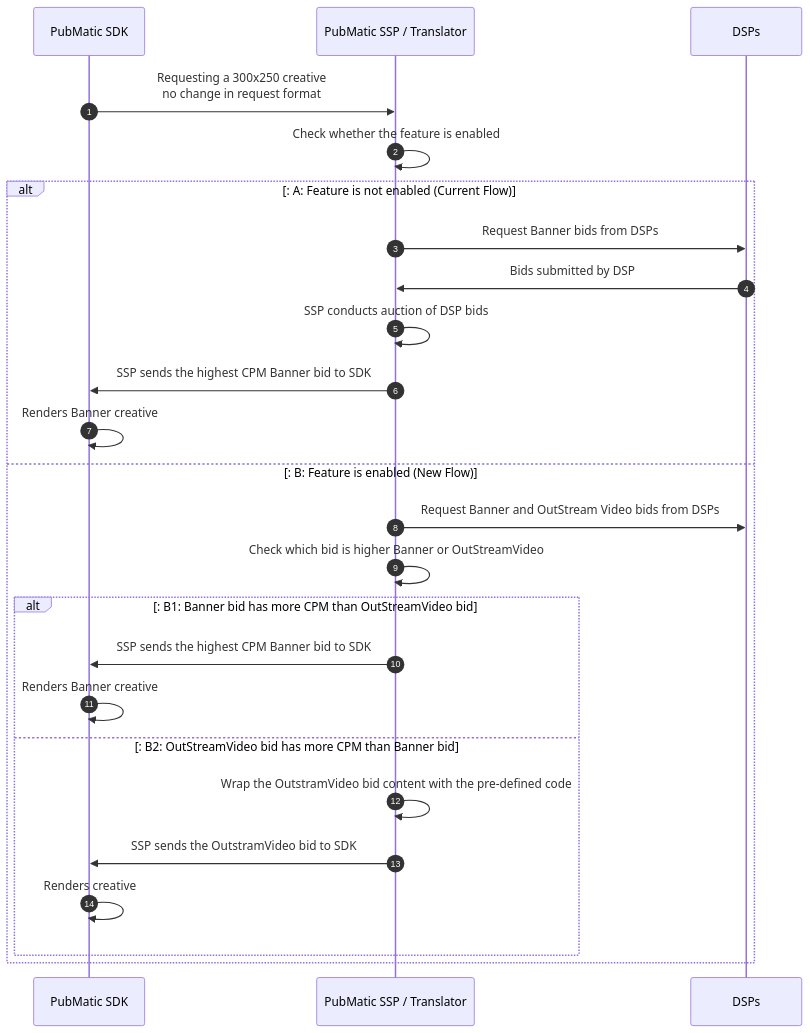
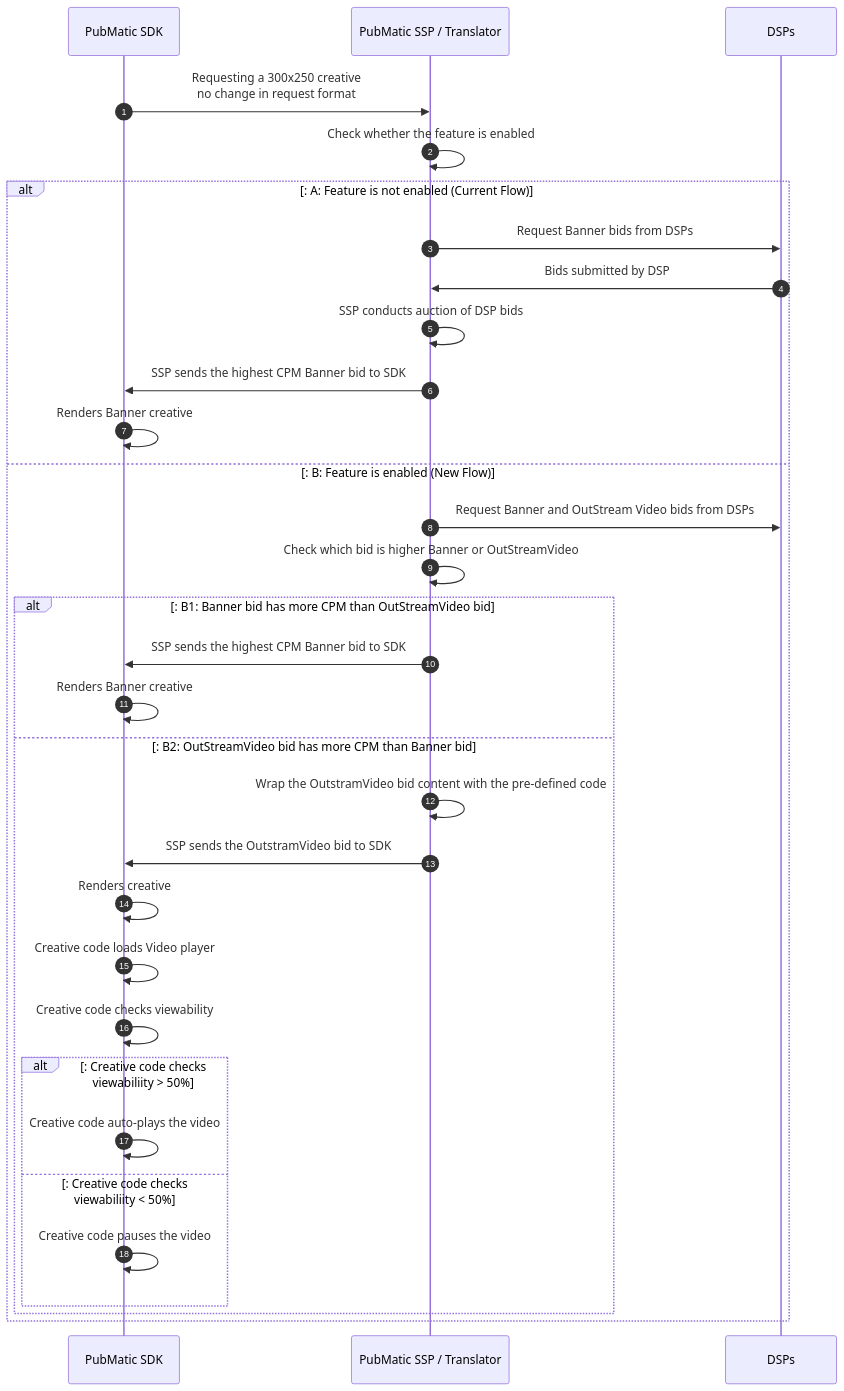
Before and after one commit to pm-harshad-mane/Diagrams: the diagram in SDK_Banner+OutstreamVideo.md, drawn with Mermaid.

````diff
--- a/SDK_Banner+OutstreamVideo.md
+++ b/SDK_Banner+OutstreamVideo.md
@@ -3,29 +3,36 @@
 ```mermaid
 sequenceDiagram
     autonumber
     participant SDK as PubMatic SDK
     participant SSP as PubMatic SSP / Translator
     participant DSP as DSPs
     
     SDK->>SSP: Requesting a 300x250 creative <br/> no change in request format
     SSP->>SSP: Check whether the feature is enabled
     alt: A: Feature is not enabled (Current Flow)
       SSP->>DSP: Request Banner bids from DSPs
       DSP->>SSP: Bids submitted by DSP
       SSP->>SSP: SSP conducts auction of DSP bids
       SSP->>SDK: SSP sends the highest CPM Banner bid to SDK
       SDK->>SDK: Renders Banner creative
     else: B: Feature is enabled (New Flow)
       SSP->>DSP: Request Banner and OutStream Video bids from DSPs
       SSP->>SSP: Check which bid is higher Banner or OutStreamVideo
       alt: B1: Banner bid has more CPM than OutStreamVideo bid
         SSP->>SDK: SSP sends the highest CPM Banner bid to SDK
         SDK->>SDK: Renders Banner creative
       else: B2: OutStreamVideo bid has more CPM than Banner bid
         SSP->>SSP: Wrap the OutstramVideo bid content with the pre-defined code
         SSP->>SDK: SSP sends the OutstramVideo bid to SDK
         SDK->>SDK: Renders creative
+        SDK->>SDK: Creative code loads Video player
+        SDK->>SDK: Creative code checks viewability
+        alt: Creative code checks viewabiliity > 50%
+            SDK->>SDK: Creative code auto-plays the video
+        else: Creative code checks viewabiliity < 50%
+            SDK->>SDK: Creative code pauses the video
+        end    
       end      
     end
     
 ```
````
